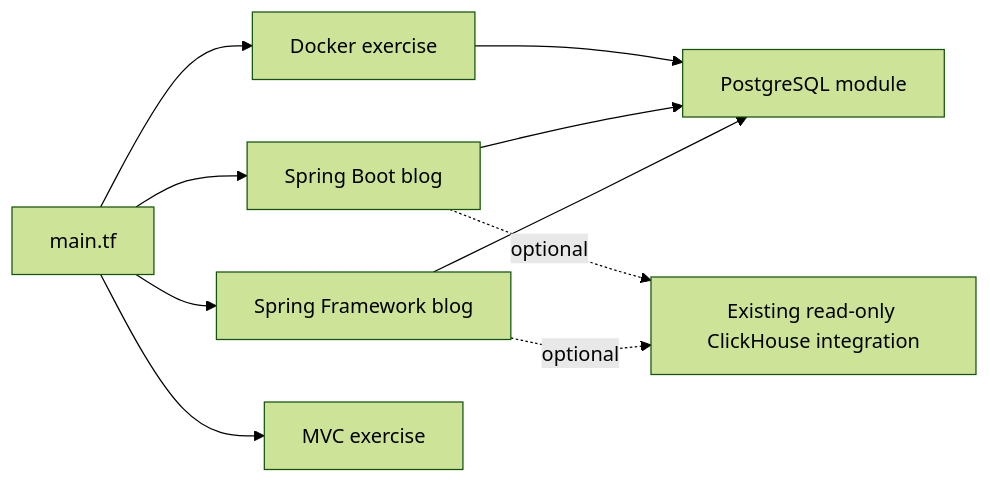
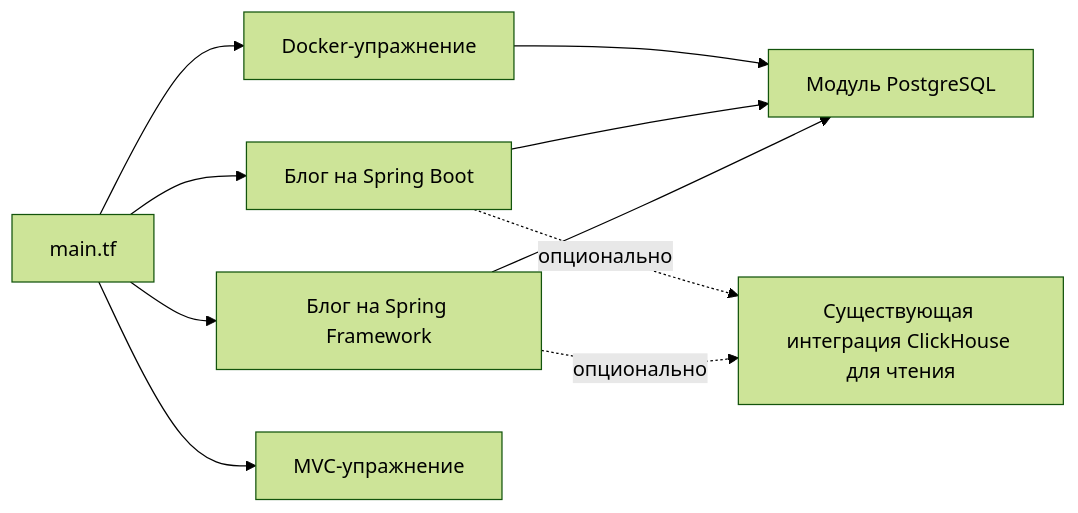
The diagram in infra/README.md (principalwater/java-engineering-course), drawn with Mermaid (forest theme) before and after one commit. The commit also changed other lines of this file and 1 other file, not shown here.

````diff
--- a/infra/README.md
+++ b/infra/README.md
@@ -26,12 +26,12 @@
 ```mermaid
 flowchart LR
-    root[main.tf] --> s3[Spring Framework blog]
-    root --> s4[Spring Boot blog]
-    root --> docker[Docker exercise]
-    root --> mvc[MVC exercise]
-    s3 --> pg[PostgreSQL module]
+    root[main.tf] --> s3[Блог на Spring Framework]
+    root --> s4[Блог на Spring Boot]
+    root --> docker[Docker-упражнение]
+    root --> mvc[MVC-упражнение]
+    s3 --> pg[Модуль PostgreSQL]
     s4 --> pg
     docker --> pg
-    s3 -. optional .-> ch[Existing read-only ClickHouse integration]
-    s4 -. optional .-> ch
+    s3 -. опционально .-> ch[Существующая интеграция ClickHouse для чтения]
+    s4 -. опционально .-> ch
 ```
````
